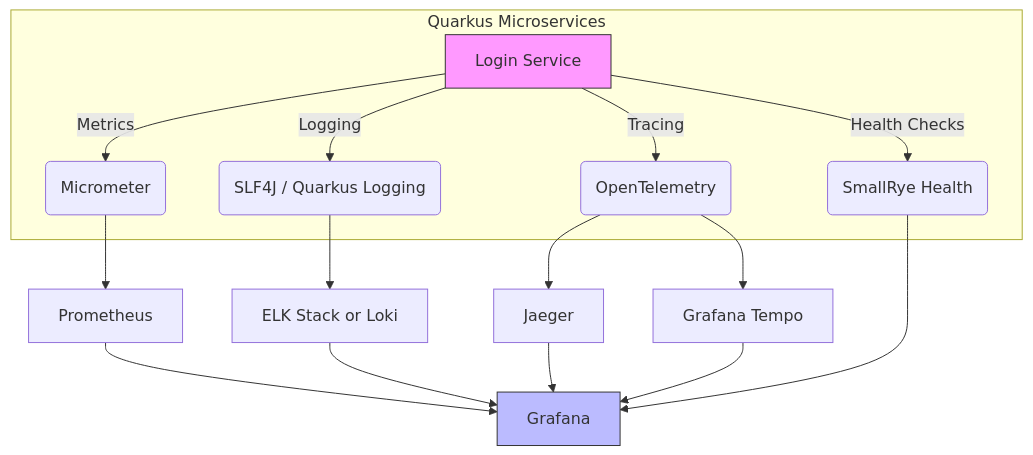
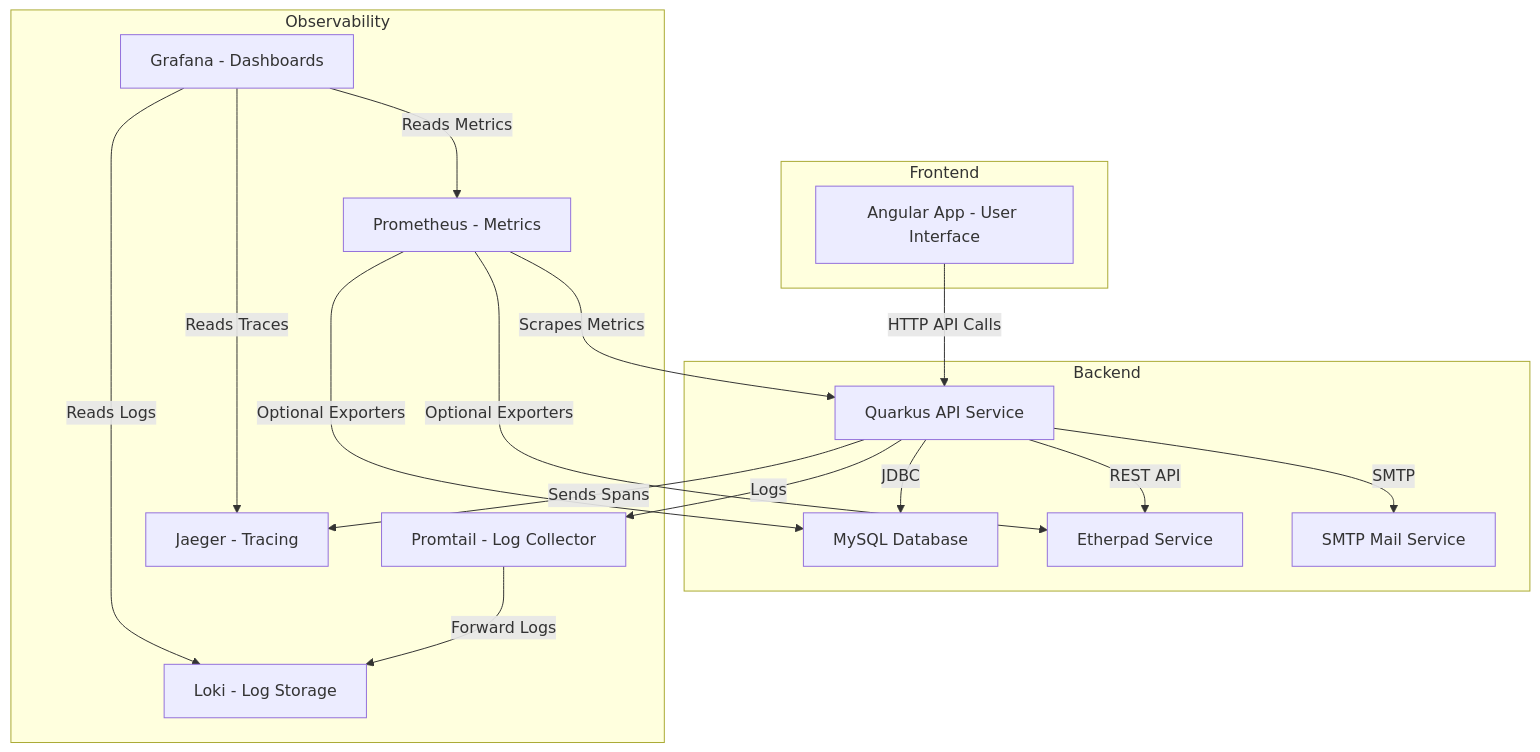
One commit to salahbdg/Logging-Tracing-Monitoring-Observability changed the diagram in README.md. Above: the diagram before and after it, drawn with Mermaid. The commit also changed other lines of this file and 12 other files, not shown here.

````diff
--- a/README.md
+++ b/README.md
@@ -7,28 +24,51 @@
 ```mermaid
 graph TD
-    subgraph Quarkus Microservices
-        A[Login Service] -->|Tracing| B(OpenTelemetry)
-        A -->|Metrics| C(Micrometer)
-        A -->|Logging| D(SLF4J / Quarkus Logging)
-        A -->|Health Checks| E(SmallRye Health)
+    %% Frontend
+    subgraph Frontend
+        A[Angular App - User Interface]
     end
 
-    B --> F[Jaeger]
-    B --> G[Grafana Tempo]
+    %% Backend Core
+    subgraph Backend
+        B[Quarkus API Service]
+        C[MySQL Database]
+        D[Etherpad Service]
+        E[SMTP Mail Service]
+    end
 
-    C --> H[Prometheus]
-    H --> I[Grafana]
+    %% Observability Layer
+    subgraph Observability
+        F[Loki - Log Storage]
+        F1[Promtail - Log Collector]
+        G[Prometheus - Metrics]
+        H[Jaeger - Tracing]
+        I[Grafana - Dashboards]
+    end
 
-    D --> J[ELK Stack or Loki]
-    J --> I
+    %% Connections
+    A -->|HTTP API Calls| B
+    B -->|JDBC| C
+    B -->|REST API| D
+    B -->|SMTP| E
 
-    F --> I
-    G --> I
+    %% Logging
+    B -->|Logs| F1
+    F1 -->|Forward Logs| F
 
-    E --> I
+    %% Metrics
+    G -->|Scrapes Metrics| B
 
-    style A fill:#f9f,stroke:#333,stroke-width:1px
-    style I fill:#bbf,stroke:#333,stroke-width:1px
+    %% Tracing
+    B -->|Sends Spans| H
+
+    %% Visualization
+    I -->|Reads Logs| F
+    I -->|Reads Metrics| G
+    I -->|Reads Traces| H
+
+    %% Optional Monitoring
+    G -->|Optional Exporters| C
+    G -->|Optional Exporters| D
 
 
 ```
````
